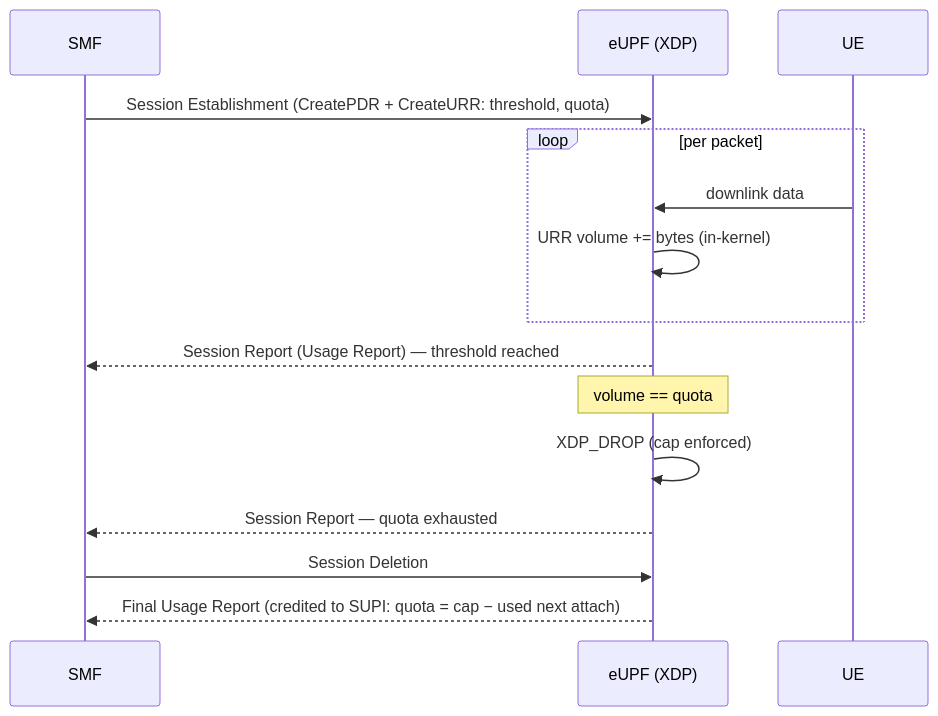
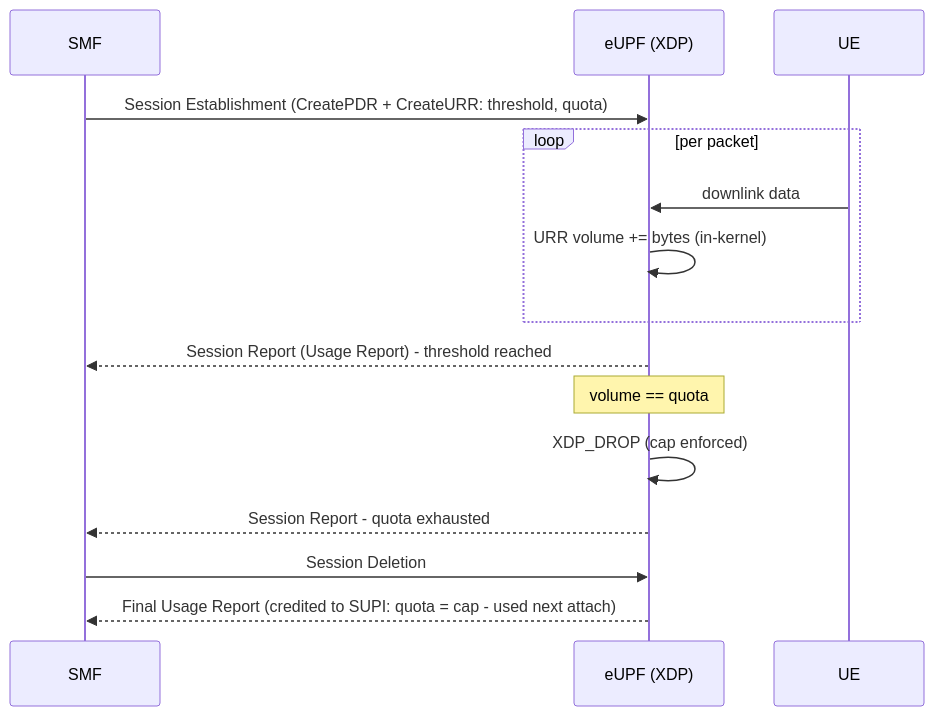
The second of 2 diagrams in ebpf/1-sdcore+eupf_readme.md (TOSSI-Foundation/TI), drawn with Mermaid before and after one commit. The commit also changed other lines of this file and 3 other files, not shown here.

````diff
--- a/ebpf/1-sdcore+eupf_readme.md
+++ b/ebpf/1-sdcore+eupf_readme.md
@@ -92,17 +92,17 @@
 ```mermaid
 sequenceDiagram
   participant SMF
   participant UPF as eUPF (XDP)
   participant UE
   SMF->>UPF: Session Establishment (CreatePDR + CreateURR: threshold, quota)
   loop per packet
     UE->>UPF: downlink data
     UPF->>UPF: URR volume += bytes (in-kernel)
   end
-  UPF-->>SMF: Session Report (Usage Report) — threshold reached
+  UPF-->>SMF: Session Report (Usage Report) - threshold reached
   Note over UPF: volume == quota
   UPF->>UPF: XDP_DROP (cap enforced)
-  UPF-->>SMF: Session Report — quota exhausted
+  UPF-->>SMF: Session Report - quota exhausted
   SMF->>UPF: Session Deletion
-  UPF-->>SMF: Final Usage Report (credited to SUPI: quota = cap − used next attach)
+  UPF-->>SMF: Final Usage Report (credited to SUPI: quota = cap - used next attach)
 ```
````
